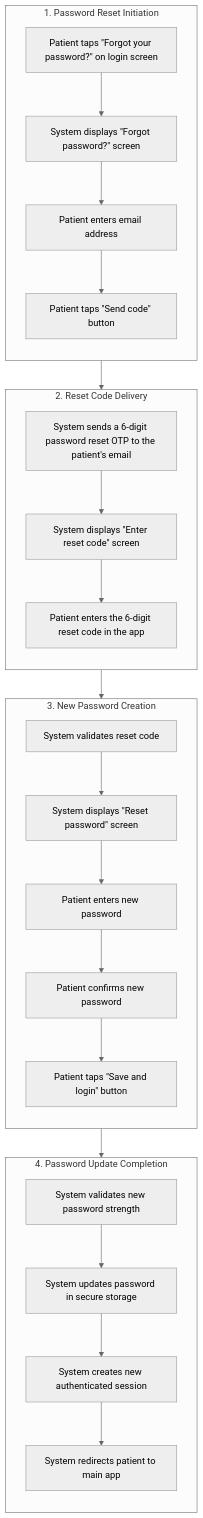
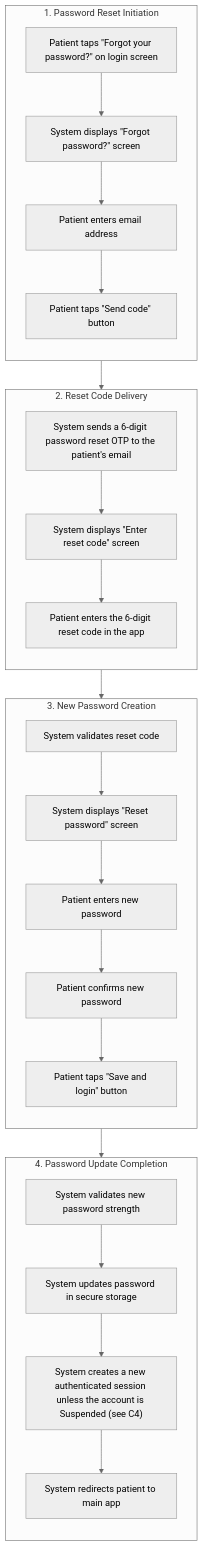
The ninth of 15 diagrams in project-requirements/functional-requirements/fr001-patient-authentication/prd.md (joachimtrungtuan/hairline-pm-docs), drawn with Mermaid (neutral theme) before and after one commit. The commit also changed other lines of this file and 6 other files, not shown here.

Commit message:
docs(fr001): apply logic review pass 1 fixes to PRD and graph

````diff
--- a/project-requirements/functional-requirements/fr001-patient-authentication/prd.md
+++ b/project-requirements/functional-requirements/fr001-patient-authentication/prd.md
@@ -215,26 +228,26 @@
 ```mermaid
 flowchart TD
   subgraph W3S1["1. Password Reset Initiation"]
     direction TB
     W3S1_1["Patient taps &quot;Forgot your password?&quot; on login screen"] --> W3S1_2["System displays &quot;Forgot password?&quot; screen"] --> W3S1_3["Patient enters email address"] --> W3S1_4["Patient taps &quot;Send code&quot; button"]
   end
 
   subgraph W3S2["2. Reset Code Delivery"]
     direction TB
     W3S2_1["System sends a 6-digit password reset OTP to the patient's email"] --> W3S2_2["System displays &quot;Enter reset code&quot; screen"] --> W3S2_3["Patient enters the 6-digit reset code in the app"]
   end
 
   subgraph W3S3["3. New Password Creation"]
     direction TB
     W3S3_1["System validates reset code"] --> W3S3_2["System displays &quot;Reset password&quot; screen"] --> W3S3_3["Patient enters new password"] --> W3S3_4["Patient confirms new password"] --> W3S3_5["Patient taps &quot;Save and login&quot; button"]
   end
 
   subgraph W3S4["4. Password Update Completion"]
     direction TB
-    W3S4_1["System validates new password strength"] --> W3S4_2["System updates password in secure storage"] --> W3S4_3["System creates new authenticated session"] --> W3S4_4["System redirects patient to main app"]
+    W3S4_1["System validates new password strength"] --> W3S4_2["System updates password in secure storage"] --> W3S4_3["System creates a new authenticated session unless the account is Suspended (see C4)"] --> W3S4_4["System redirects patient to main app"]
   end
 
   W3S1_4 --> W3S2_1
   W3S2_3 --> W3S3_1
   W3S3_5 --> W3S4_1
 ```
````
